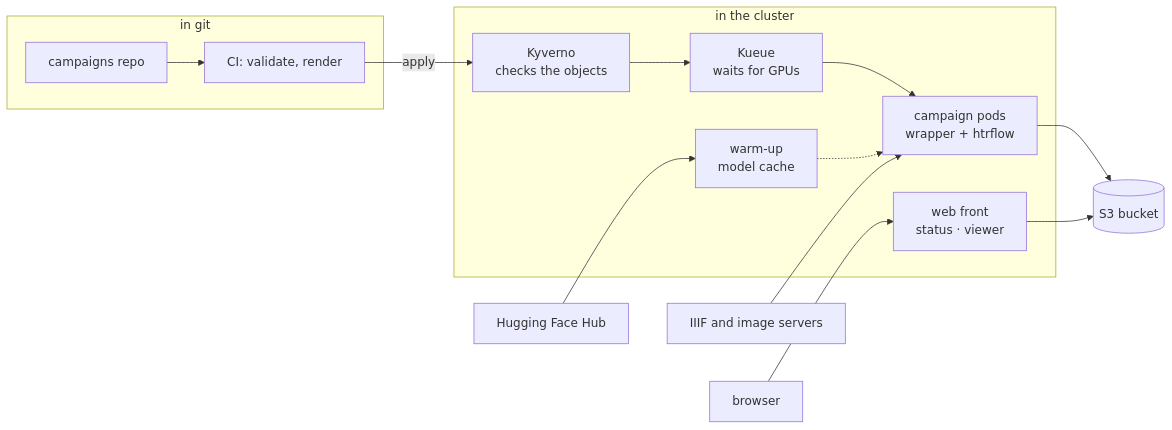
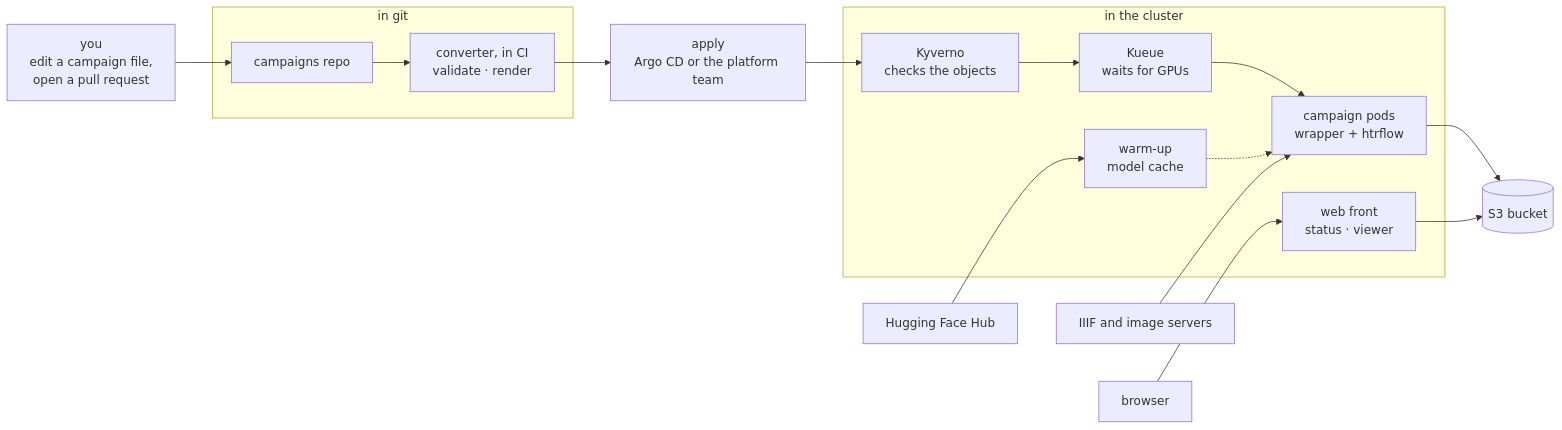
Before and after one commit to AI-Riksarkivet/htrflow-batch: the diagram in docs/slides/assets/part-1-from-one-folder-to-the-archive-1.mmd, drawn with Mermaid. The commit also changed 2 other files, not shown here.

Commit message:
docs(slides): the rough architecture shows the converter and who applies
You edit a campaign file and open a pull request; the converter validates
and renders it in CI; apply is run by Argo CD or the platform team, not by
the person who asked for the run. The closing line says so.

Claude-Session: https://claude.ai/code/session_01HGkpuggZmaB7oiGwzxD1JG

```diff
--- a/docs/slides/assets/part-1-from-one-folder-to-the-archive-1.mmd
+++ b/docs/slides/assets/part-1-from-one-folder-to-the-archive-1.mmd
@@ -1,19 +1,22 @@
 flowchart LR
+  YOU["you<br/>edit a campaign file,<br/>open a pull request"]
   subgraph GIT["in git"]
-    REPO["campaigns repo"] --> CI["CI: validate, render"]
+    REPO["campaigns repo"] --> CONV["converter, in CI<br/>validate · render"]
   end
+  AP["apply<br/>Argo CD or the platform team"]
   IIIF["IIIF and image servers"]
   HUB["Hugging Face Hub"]
-  YOU["browser"]
+  BR["browser"]
   subgraph K8S["in the cluster"]
     KYV["Kyverno<br/>checks the objects"] --> KUE["Kueue<br/>waits for GPUs"] --> JOB["campaign pods<br/>wrapper + htrflow"]
     WARM["warm-up<br/>model cache"] -.-> JOB
     WEB["web front<br/>status · viewer"]
   end
   S3[("S3 bucket")]
-  CI -->|"apply"| KYV
+  YOU --> REPO
+  CONV --> AP --> KYV
   IIIF --> JOB
   HUB --> WARM
-  YOU --> WEB
+  BR --> WEB
   JOB --> S3
   WEB --> S3
```
